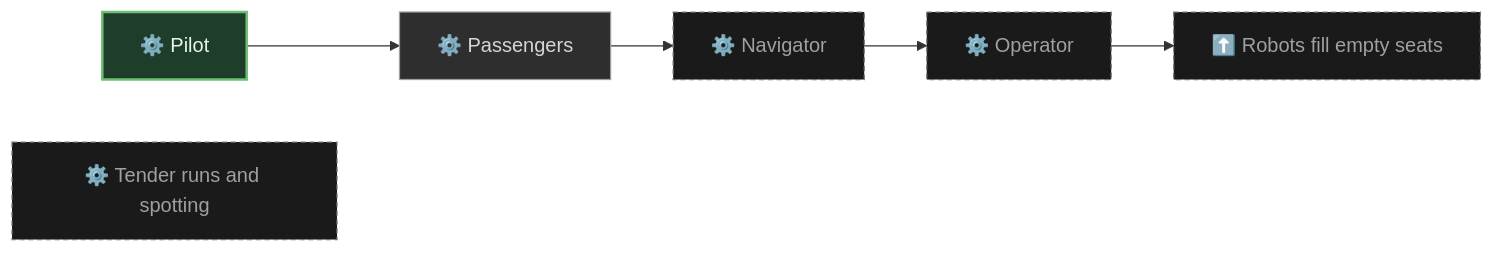
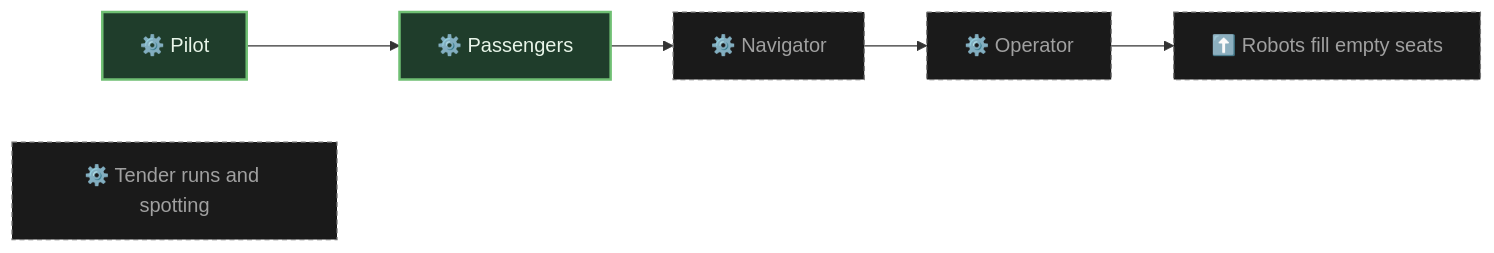
Diagram 13 of 30 in docs/FEATURE-MAP.md (pkeppeler/deepcharter), drawn with Mermaid before and after one commit. The commit also changed other lines of this file and 2 other files, not shown here.

Commit message:
Feature map: passengers are allowed (SPEC section 8, #511)

````diff
--- a/docs/FEATURE-MAP.md
+++ b/docs/FEATURE-MAP.md
@@ -705,21 +704,20 @@
 ```mermaid
 flowchart LR
   n_pilot["⚙️ Pilot"]
   n_passengers["⚙️ Passengers"]
   n_navigator["⚙️ Navigator"]
   n_operator["⚙️ Operator"]
   n_robot_crew["⬆️ Robots fill empty seats"]
   n_co_op_runs["⚙️ Tender runs and spotting"]
   n_navigator --> n_operator
   n_operator --> n_robot_crew
   n_passengers --> n_navigator
   n_pilot --> n_passengers
   classDef built fill:#1f3d2b,stroke:#6fbf73,stroke-width:2px,color:#e8f5e9
   classDef progress fill:#4a3a10,stroke:#f0b429,stroke-width:2px,color:#fff3d6
   classDef planned fill:#2e2e2e,stroke:#9e9e9e,stroke-width:1px,color:#d6d6d6
   classDef idea fill:#1a1a1a,stroke:#757575,stroke-width:1px,stroke-dasharray:4 3,color:#a0a0a0
   classDef ext fill:#ffffff,stroke:#999999,stroke-width:1px,stroke-dasharray:2 2,color:#555555
-  class n_pilot built
-  class n_passengers planned
+  class n_pilot,n_passengers built
   class n_navigator,n_operator,n_robot_crew,n_co_op_runs idea
 ```
````
